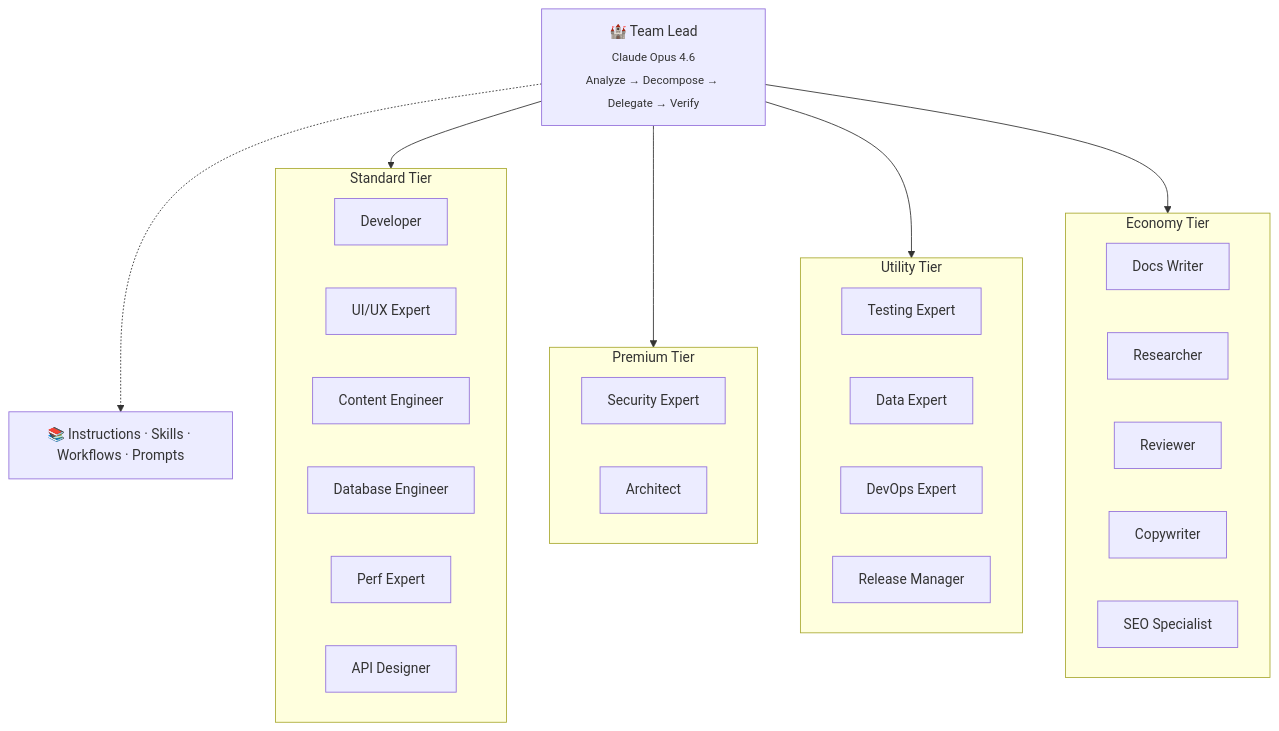
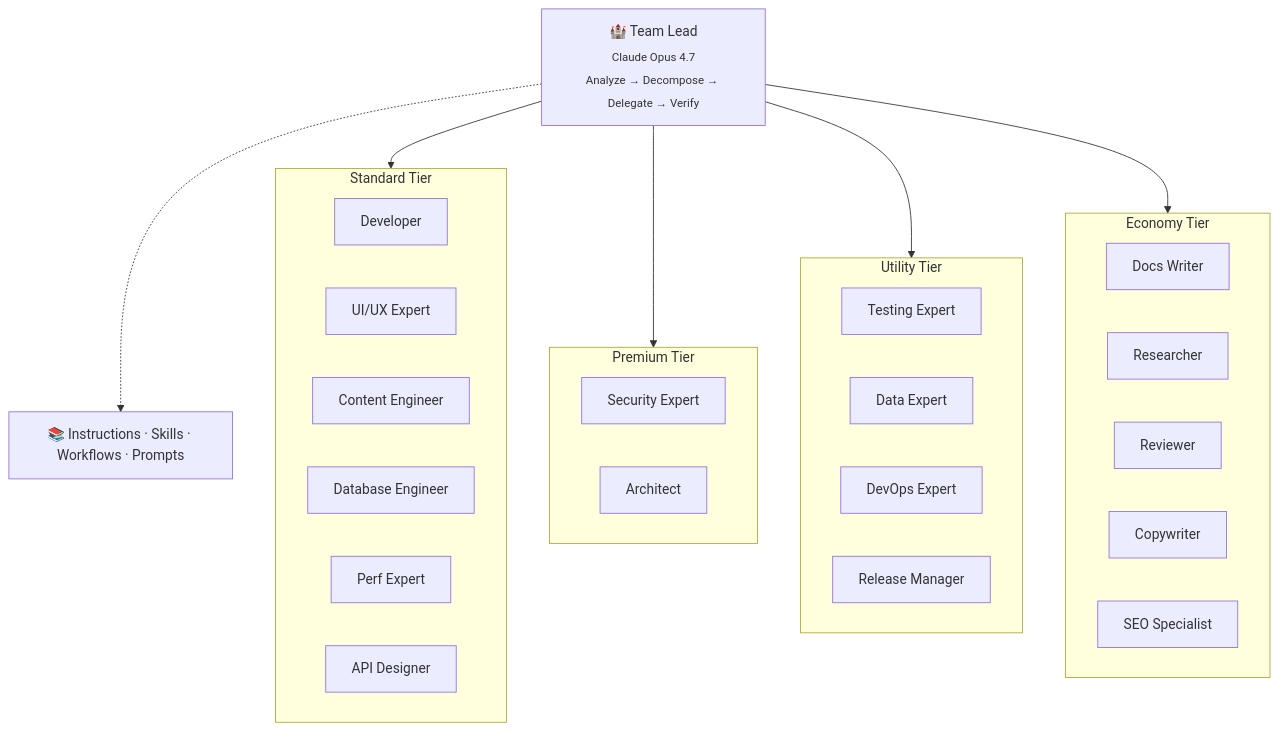
One commit to monkilabs/opencastle changed the first of 2 diagrams in ARCHITECTURE.md. Above: the diagram before and after it, drawn with Mermaid. The commit also changed other lines of this file and 20 other files, not shown here.

````diff
--- a/ARCHITECTURE.md
+++ b/ARCHITECTURE.md
@@ -11,41 +11,41 @@
 ```mermaid
 graph TB
-    TL["🏰 Team Lead<br/><sub>Claude Opus 4.6</sub><br/><sub>Analyze → Decompose → Delegate → Verify</sub>"]
+    TL["🏰 Team Lead<br/><sub>Claude Opus 4.7</sub><br/><sub>Analyze → Decompose → Delegate → Verify</sub>"]
 
     subgraph Standard["Standard Tier"]
         DEV[Developer]
         UI[UI/UX Expert]
         CE[Content Engineer]
         DB[Database Engineer]
         PERF[Perf Expert]
         API[API Designer]
     end
 
     subgraph Premium["Premium Tier"]
         SEC[Security Expert]
         ARCH[Architect]
     end
 
     subgraph Utility["Utility Tier"]
         TEST[Testing Expert]
         DATA[Data Expert]
         DEVOPS[DevOps Expert]
         RM[Release Manager]
     end
 
     subgraph Economy["Economy Tier"]
         DOCS[Docs Writer]
         RES[Researcher]
         REV[Reviewer]
         COPY[Copywriter]
         SEO[SEO Specialist]
     end
 
     TL --> Standard
     TL --> Premium
     TL --> Utility
     TL --> Economy
 
     KB["📚 Instructions · Skills · Workflows · Prompts"]
     TL -.-> KB
 ```
````
